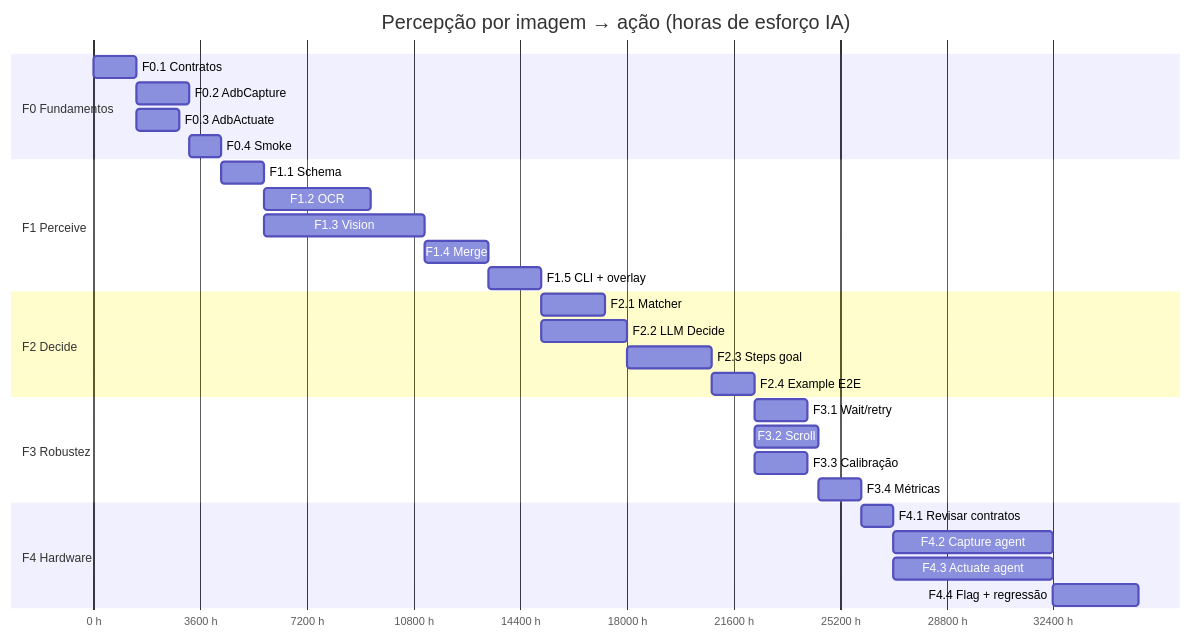
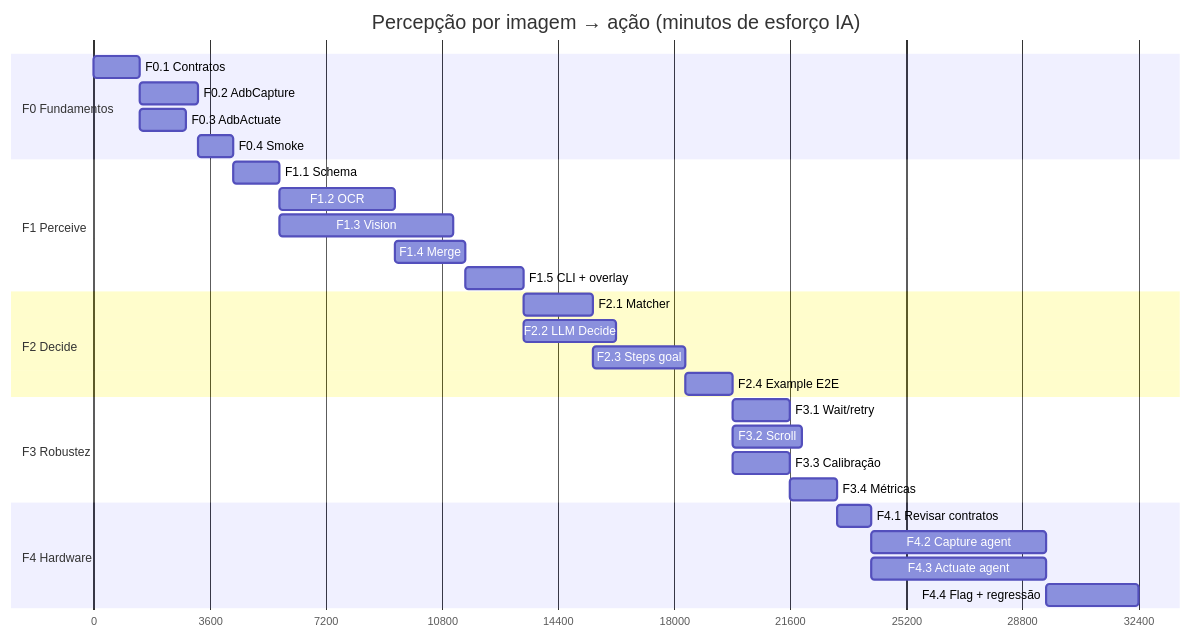
One commit to laerciogermano/workstation changed the second of 2 diagrams in connectmax/docs/plano-percepcao-imagem-hardware.md. Above: the diagram before and after it, drawn with Mermaid. The commit also changed other lines of this file and 4 other files, not shown here.

Commit message:
Adiciona plano de implementação com sequência, classes, BDD, árvore e Gantt.

````diff
--- a/connectmax/docs/plano-percepcao-imagem-hardware.md
+++ b/connectmax/docs/plano-percepcao-imagem-hardware.md
@@ -131,38 +133,37 @@
 ```mermaid
 gantt
-  title Percepção por imagem → ação (horas de esforço IA)
+  title Percepção por imagem → ação (minutos de esforço IA)
   dateFormat X
-  axisFormat %s h
-  tickInterval 1hour
+  axisFormat %s
 
   section F0 Fundamentos
-  F0.1 Contratos           :a01, 0, 0.4h
-  F0.2 AdbCapture          :a02, after a01, 0.5h
-  F0.3 AdbActuate          :a03, after a01, 0.4h
-  F0.4 Smoke               :a04, after a02 a03, 0.3h
+  F0.1 Contratos           :a01, 0, 24m
+  F0.2 AdbCapture          :a02, after a01, 30m
+  F0.3 AdbActuate          :a03, after a01, 24m
+  F0.4 Smoke               :a04, after a02, 18m
 
   section F1 Perceive
-  F1.1 Schema              :b01, after a04, 0.4h
-  F1.2 OCR                 :b02, after b01, 1h
-  F1.3 Vision              :b03, after b01, 1.5h
-  F1.4 Merge               :b04, after b02 b03, 0.6h
-  F1.5 CLI + overlay       :b05, after b04, 0.5h
+  F1.1 Schema              :b01, after a04, 24m
+  F1.2 OCR                 :b02, after b01, 60m
+  F1.3 Vision              :b03, after b01, 90m
+  F1.4 Merge               :b04, after b02, 36m
+  F1.5 CLI + overlay       :b05, after b04, 30m
 
   section F2 Decide
-  F2.1 Matcher             :c01, after b05, 0.6h
-  F2.2 LLM Decide          :c02, after b05, 0.8h
-  F2.3 Steps goal          :c03, after c01 c02, 0.8h
-  F2.4 Example E2E         :c04, after c03, 0.4h
+  F2.1 Matcher             :c01, after b05, 36m
+  F2.2 LLM Decide          :c02, after b05, 48m
+  F2.3 Steps goal          :c03, after c01, 48m
+  F2.4 Example E2E         :c04, after c03, 24m
 
   section F3 Robustez
-  F3.1 Wait/retry          :d01, after c04, 0.5h
-  F3.2 Scroll              :d02, after c04, 0.6h
-  F3.3 Calibração          :d03, after c04, 0.5h
-  F3.4 Métricas            :d04, after d01 d02 d03, 0.4h
+  F3.1 Wait/retry          :d01, after c04, 30m
+  F3.2 Scroll              :d02, after c04, 36m
+  F3.3 Calibração          :d03, after c04, 30m
+  F3.4 Métricas            :d04, after d01, 24m
 
   section F4 Hardware
-  F4.1 Revisar contratos   :e01, after d04, 0.3h
-  F4.2 Capture agent       :e02, after e01, 1.5h
-  F4.3 Actuate agent       :e03, after e01, 1.5h
-  F4.4 Flag + regressão    :e04, after e02 e03, 0.8h
+  F4.1 Revisar contratos   :e01, after d04, 18m
+  F4.2 Capture agent       :e02, after e01, 90m
+  F4.3 Actuate agent       :e03, after e01, 90m
+  F4.4 Flag + regressão    :e04, after e02, 48m
 ```
````
